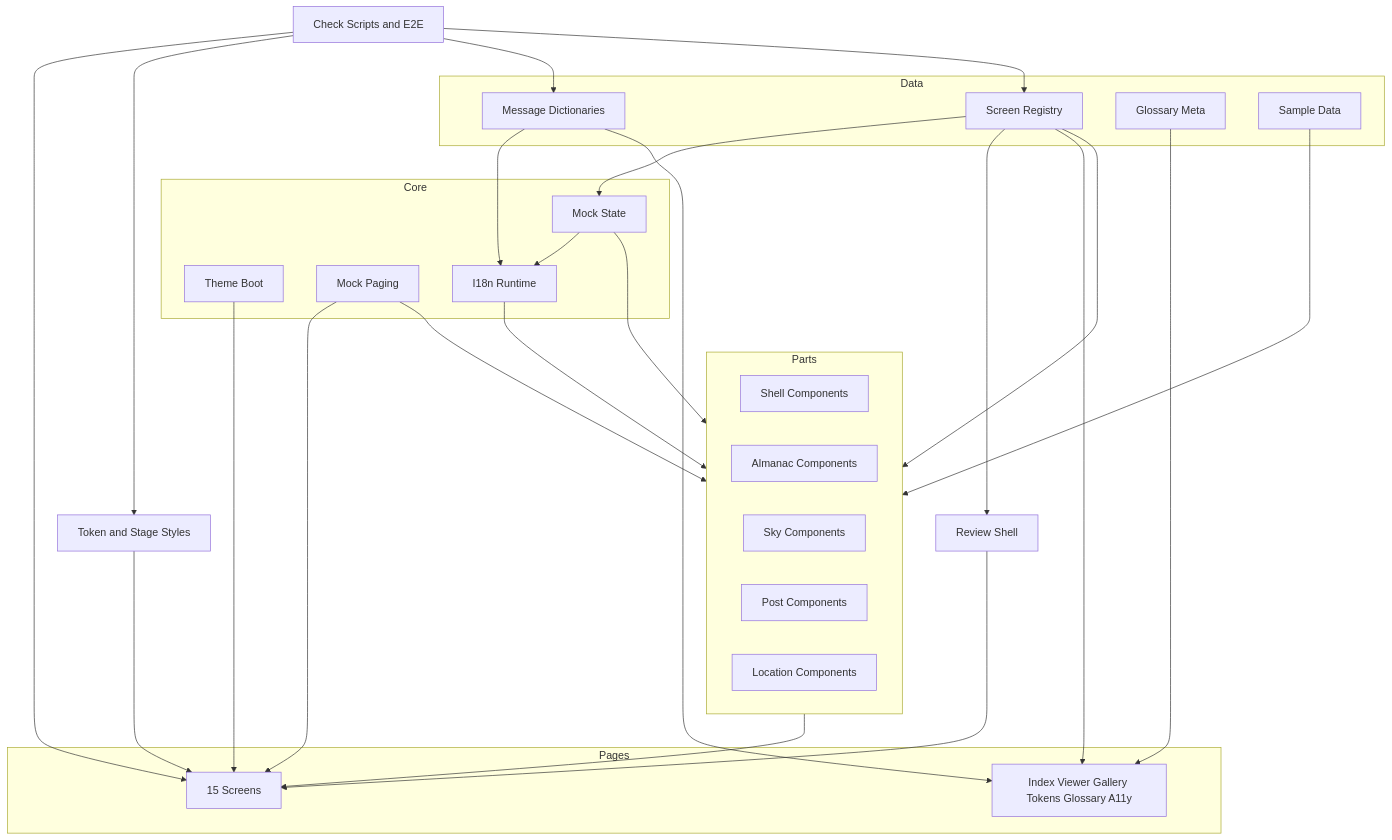
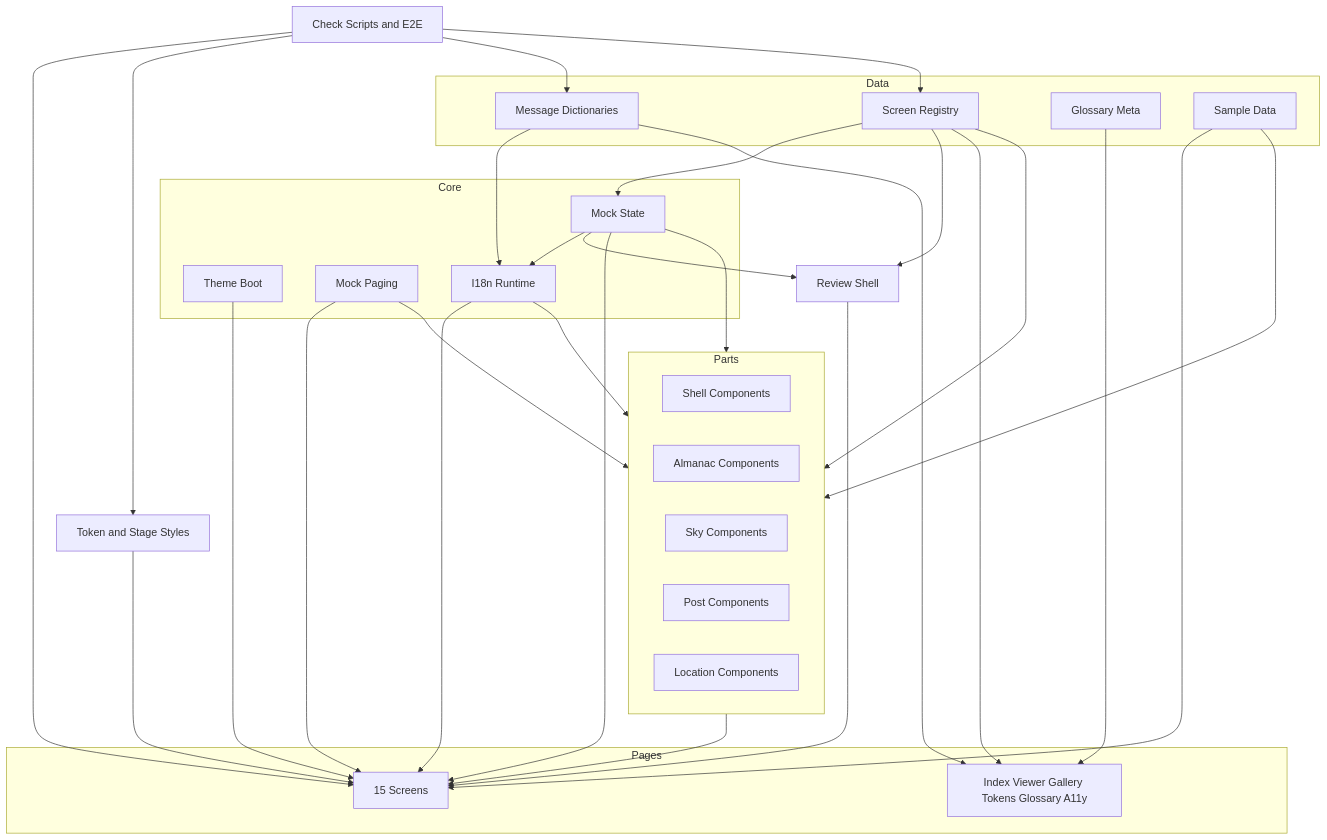
Before and after one commit to t-totsuka/menehune: the first of 3 diagrams in .kiro/specs/ui-mockups/design.md, drawn with Mermaid. The commit also changed other lines of this file and 2 other files, not shown here.

````diff
--- a/.kiro/specs/ui-mockups/design.md
+++ b/.kiro/specs/ui-mockups/design.md
@@ -59,51 +59,55 @@
 ```mermaid
 graph TB
     subgraph Data
         Registry[Screen Registry]
         Messages[Message Dictionaries]
         Glossary[Glossary Meta]
         Sample[Sample Data]
     end
     subgraph Core
         ThemeBoot[Theme Boot]
         MockState[Mock State]
         Paging[Mock Paging]
         I18n[I18n Runtime]
     end
     subgraph Parts
         Shell[Shell Components]
         Almanac[Almanac Components]
         Sky[Sky Components]
         Posts[Post Components]
         Location[Location Components]
     end
     subgraph Pages
         Screens[15 Screens]
         Catalog[Index Viewer Gallery Tokens Glossary A11y]
     end
     Review[Review Shell]
     Styles[Token and Stage Styles]
     Tools[Check Scripts and E2E]
 
     Messages --> I18n
     Registry --> MockState
     MockState --> I18n
     MockState --> Parts
     I18n --> Parts
     Sample --> Parts
     Registry --> Parts
     Paging --> Parts
     Paging --> Screens
     Parts --> Screens
     Registry --> Review
+    MockState --> Review
     Review --> Screens
+    MockState --> Screens
+    I18n --> Screens
+    Sample --> Screens
     Registry --> Catalog
     Glossary --> Catalog
     Messages --> Catalog
     Styles --> Screens
     ThemeBoot --> Screens
     Tools --> Screens
     Tools --> Styles
     Tools --> Messages
     Tools --> Registry
 ```
````
